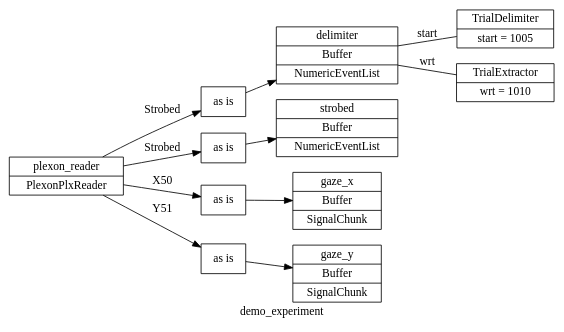
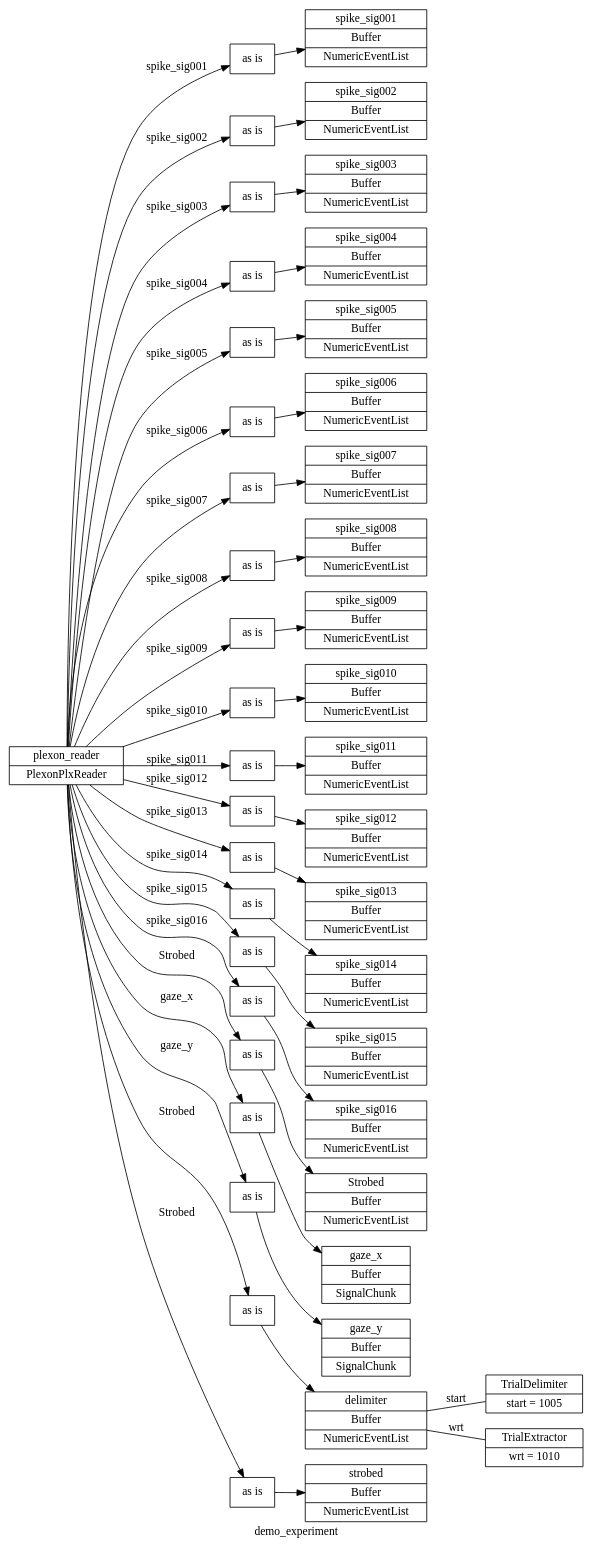
The diagram in pyramid/docs/plexon-demo/demo_experiment.dot (benjamin-heasly/gold-lab-nwb-conversions), drawn with Graphviz before and after one commit. The commit also changed 5 other files, not shown here.

```diff
--- a/pyramid/docs/plexon-demo/demo_experiment.dot
+++ b/pyramid/docs/plexon-demo/demo_experiment.dot
@@ -1,24 +1,92 @@
 digraph demo_experiment {
 	graph [label=demo_experiment rankdir=LR]
 	plexon_reader [label="plexon_reader|PlexonPlxReader" shape=record]
+	spike_sig001 [label="spike_sig001|Buffer|NumericEventList" shape=record]
+	spike_sig002 [label="spike_sig002|Buffer|NumericEventList" shape=record]
+	spike_sig003 [label="spike_sig003|Buffer|NumericEventList" shape=record]
+	spike_sig004 [label="spike_sig004|Buffer|NumericEventList" shape=record]
+	spike_sig005 [label="spike_sig005|Buffer|NumericEventList" shape=record]
+	spike_sig006 [label="spike_sig006|Buffer|NumericEventList" shape=record]
+	spike_sig007 [label="spike_sig007|Buffer|NumericEventList" shape=record]
+	spike_sig008 [label="spike_sig008|Buffer|NumericEventList" shape=record]
+	spike_sig009 [label="spike_sig009|Buffer|NumericEventList" shape=record]
+	spike_sig010 [label="spike_sig010|Buffer|NumericEventList" shape=record]
+	spike_sig011 [label="spike_sig011|Buffer|NumericEventList" shape=record]
+	spike_sig012 [label="spike_sig012|Buffer|NumericEventList" shape=record]
+	spike_sig013 [label="spike_sig013|Buffer|NumericEventList" shape=record]
+	spike_sig014 [label="spike_sig014|Buffer|NumericEventList" shape=record]
+	spike_sig015 [label="spike_sig015|Buffer|NumericEventList" shape=record]
+	spike_sig016 [label="spike_sig016|Buffer|NumericEventList" shape=record]
+	Strobed [label="Strobed|Buffer|NumericEventList" shape=record]
+	gaze_x [label="gaze_x|Buffer|SignalChunk" shape=record]
+	gaze_y [label="gaze_y|Buffer|SignalChunk" shape=record]
 	delimiter [label="delimiter|Buffer|NumericEventList" shape=record]
 	strobed [label="strobed|Buffer|NumericEventList" shape=record]
-	gaze_x [label="gaze_x|Buffer|SignalChunk" shape=record]
-	gaze_y [label="gaze_y|Buffer|SignalChunk" shape=record]
 	plexon_reader_route_0 [label="as is" shape=record]
-	plexon_reader -> plexon_reader_route_0 [label=Strobed]
-	plexon_reader_route_0 -> delimiter
+	plexon_reader -> plexon_reader_route_0 [label=spike_sig001]
+	plexon_reader_route_0 -> spike_sig001
 	plexon_reader_route_1 [label="as is" shape=record]
-	plexon_reader -> plexon_reader_route_1 [label=Strobed]
-	plexon_reader_route_1 -> strobed
+	plexon_reader -> plexon_reader_route_1 [label=spike_sig002]
+	plexon_reader_route_1 -> spike_sig002
 	plexon_reader_route_2 [label="as is" shape=record]
-	plexon_reader -> plexon_reader_route_2 [label=X50]
-	plexon_reader_route_2 -> gaze_x
+	plexon_reader -> plexon_reader_route_2 [label=spike_sig003]
+	plexon_reader_route_2 -> spike_sig003
 	plexon_reader_route_3 [label="as is" shape=record]
-	plexon_reader -> plexon_reader_route_3 [label=Y51]
-	plexon_reader_route_3 -> gaze_y
+	plexon_reader -> plexon_reader_route_3 [label=spike_sig004]
+	plexon_reader_route_3 -> spike_sig004
+	plexon_reader_route_4 [label="as is" shape=record]
+	plexon_reader -> plexon_reader_route_4 [label=spike_sig005]
+	plexon_reader_route_4 -> spike_sig005
+	plexon_reader_route_5 [label="as is" shape=record]
+	plexon_reader -> plexon_reader_route_5 [label=spike_sig006]
+	plexon_reader_route_5 -> spike_sig006
+	plexon_reader_route_6 [label="as is" shape=record]
+	plexon_reader -> plexon_reader_route_6 [label=spike_sig007]
+	plexon_reader_route_6 -> spike_sig007
+	plexon_reader_route_7 [label="as is" shape=record]
+	plexon_reader -> plexon_reader_route_7 [label=spike_sig008]
+	plexon_reader_route_7 -> spike_sig008
+	plexon_reader_route_8 [label="as is" shape=record]
+	plexon_reader -> plexon_reader_route_8 [label=spike_sig009]
+	plexon_reader_route_8 -> spike_sig009
+	plexon_reader_route_9 [label="as is" shape=record]
+	plexon_reader -> plexon_reader_route_9 [label=spike_sig010]
+	plexon_reader_route_9 -> spike_sig010
+	plexon_reader_route_10 [label="as is" shape=record]
+	plexon_reader -> plexon_reader_route_10 [label=spike_sig011]
+	plexon_reader_route_10 -> spike_sig011
+	plexon_reader_route_11 [label="as is" shape=record]
+	plexon_reader -> plexon_reader_route_11 [label=spike_sig012]
+	plexon_reader_route_11 -> spike_sig012
+	plexon_reader_route_12 [label="as is" shape=record]
+	plexon_reader -> plexon_reader_route_12 [label=spike_sig013]
+	plexon_reader_route_12 -> spike_sig013
+	plexon_reader_route_13 [label="as is" shape=record]
+	plexon_reader -> plexon_reader_route_13 [label=spike_sig014]
+	plexon_reader_route_13 -> spike_sig014
+	plexon_reader_route_14 [label="as is" shape=record]
+	plexon_reader -> plexon_reader_route_14 [label=spike_sig015]
+	plexon_reader_route_14 -> spike_sig015
+	plexon_reader_route_15 [label="as is" shape=record]
+	plexon_reader -> plexon_reader_route_15 [label=spike_sig016]
+	plexon_reader_route_15 -> spike_sig016
+	plexon_reader_route_16 [label="as is" shape=record]
+	plexon_reader -> plexon_reader_route_16 [label=Strobed]
+	plexon_reader_route_16 -> Strobed
+	plexon_reader_route_17 [label="as is" shape=record]
+	plexon_reader -> plexon_reader_route_17 [label=gaze_x]
+	plexon_reader_route_17 -> gaze_x
+	plexon_reader_route_18 [label="as is" shape=record]
+	plexon_reader -> plexon_reader_route_18 [label=gaze_y]
+	plexon_reader_route_18 -> gaze_y
+	plexon_reader_route_19 [label="as is" shape=record]
+	plexon_reader -> plexon_reader_route_19 [label=Strobed]
+	plexon_reader_route_19 -> delimiter
+	plexon_reader_route_20 [label="as is" shape=record]
+	plexon_reader -> plexon_reader_route_20 [label=Strobed]
+	plexon_reader_route_20 -> strobed
 	trial_delimiter [label="TrialDelimiter|start = 1005" shape=record]
 	delimiter -> trial_delimiter [label=start arrowhead=none arrowtail=none]
 	trial_extractor [label="TrialExtractor|wrt = 1010" shape=record]
 	delimiter -> trial_extractor [label=wrt arrowhead=none arrowtail=none]
 }
```
